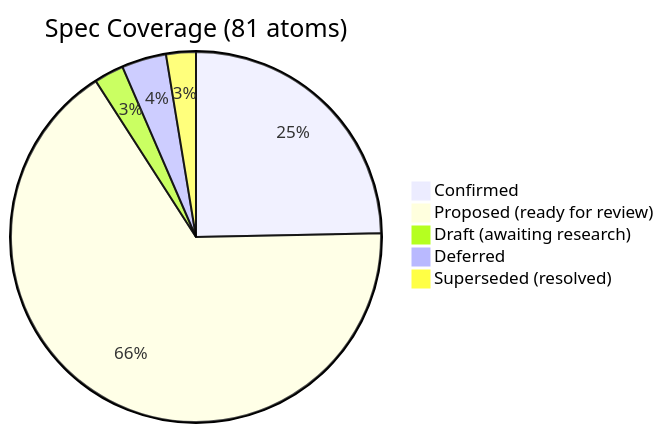
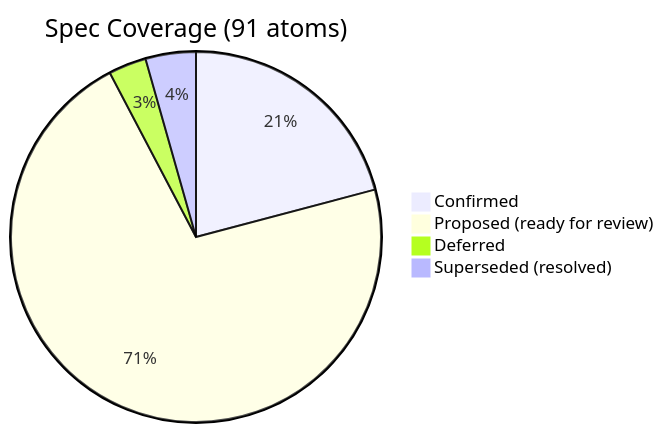
The fifth of 5 diagrams in engines/source/SPEC_OVERVIEW.md (rayanino/kr), drawn with Mermaid before and after one commit. The commit also changed other lines of this file and 7 other files, not shown here.

````diff
--- a/engines/source/SPEC_OVERVIEW.md
+++ b/engines/source/SPEC_OVERVIEW.md
@@ -221,8 +223,7 @@
 ```mermaid
-pie title Spec Coverage (81 atoms)
+pie title Spec Coverage (91 atoms)
     "Confirmed" : 19
-    "Proposed (ready for review)" : 51
-    "Draft (awaiting research)" : 2
+    "Proposed (ready for review)" : 65
     "Deferred" : 3
-    "Superseded (resolved)" : 2
+    "Superseded (resolved)" : 4
 ```
````
